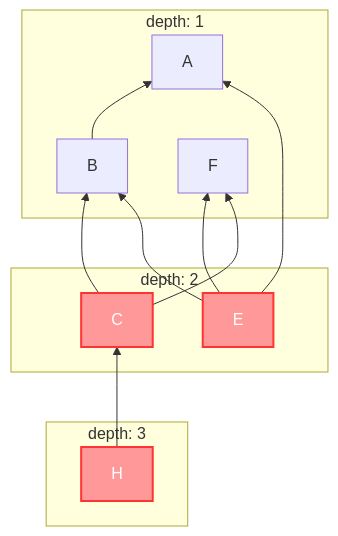
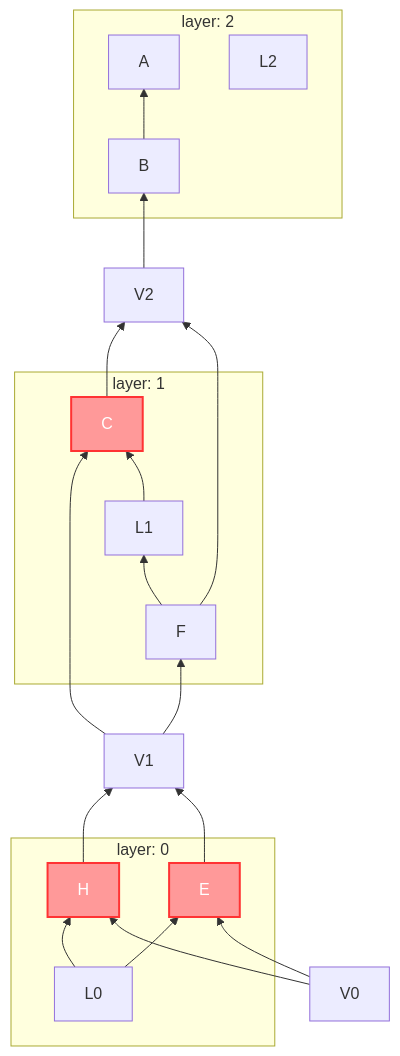
Before and after one commit to Frank-Steven/HoundWhiteboard: the sixth of 8 diagrams in src/templates/whiteboard/utils/tier-graph-document.md, drawn with Mermaid. The commit also changed other lines of this file and 8 other files, not shown here.

Commit message:
feat(board): 实现有向图系统 - 添加用于对象分层和选择的层级图的有向图实现 - 设置 Jest 测试环境和配置 - 将依赖项更新到最新版本 (Electron 39、Jest 30、mathjs 15) - 修复 `randomNumberPool` 类中的长度跟踪、边界检查、方法引用错误 - 将 MolecularOperation 提取到单独的模块中，以更好地组织代码 - 使用单用户分层方法修订层级图算法文档

````diff
--- a/src/templates/whiteboard/utils/tier-graph-document.md
+++ b/src/templates/whiteboard/utils/tier-graph-document.md
@@ -208,27 +206,37 @@
 ```mermaid
 graph BT
-  H --> C
-  C --> B
+  V0
   B --> A
-  E --> A
-  E --> F
+  L0 --> H
+  L0 --> E
+  V0 --> H
+  V0 --> E
+  H --> V1
+  E --> V1
+  V1 --> C
+  V1 --> F
+  F --> L1
+  L1 --> C
+  C --> V2
+  F --> V2
+  V2 --> B
   style C fill:#ff9999,stroke:#ff3333,stroke-width:2px,color:#fff
   style E fill:#ff9999,stroke:#ff3333,stroke-width:2px,color:#fff
   style H fill:#ff9999,stroke:#ff3333,stroke-width:2px,color:#fff
 
-  subgraph "depth: 1"
+  subgraph "layer: 2"
     A
     B
+    L2
+  end
+  subgraph "layer: 1"
+    C
     F
+    L1
   end
-  subgraph "depth: 2"
-    C
+  subgraph "layer: 0"
+    H
     E
+    L0
   end
-  subgraph "depth: 3"
-    H
-  end
-
-  C --> F
-  E --> B
 ```
````
